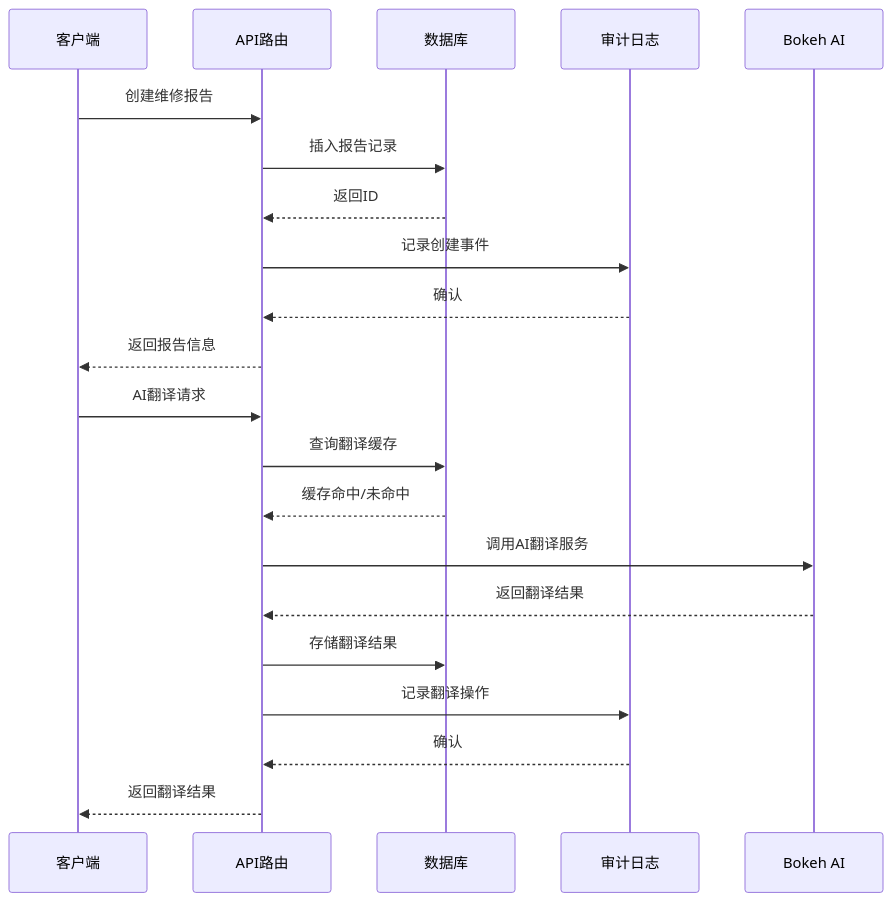
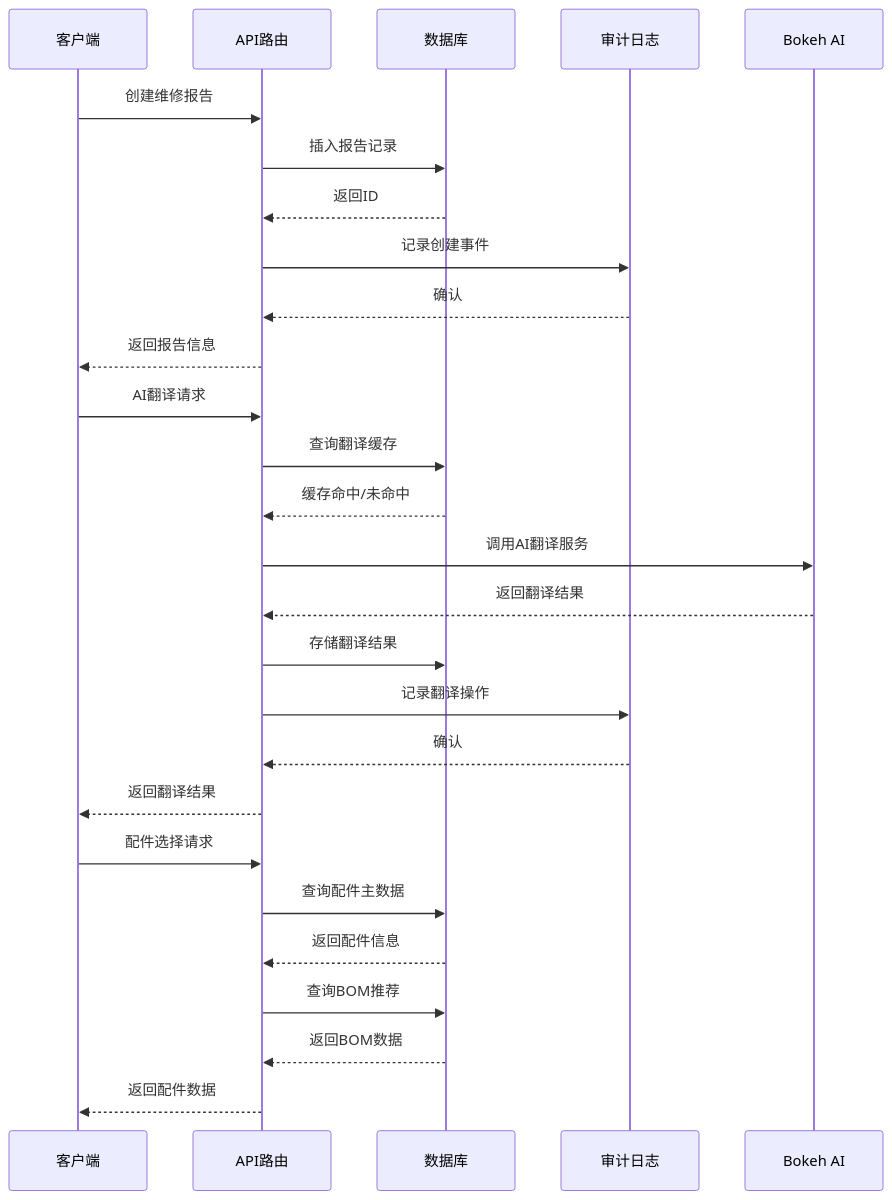
The fifth of 45 diagrams in .qoder/repowiki/zh/content/Repair Report Editor Component.md (CubeEdge/Longhorn), drawn with Mermaid before and after one commit. The commit also changed other lines of this file and 28 other files, not shown here.

````diff
--- a/.qoder/repowiki/zh/content/Repair Report Editor Component.md
+++ b/.qoder/repowiki/zh/content/Repair Report Editor Component.md
@@ -300,23 +362,29 @@
 ```mermaid
 sequenceDiagram
 participant Client as 客户端
 participant API as API路由
 participant DB as 数据库
 participant Audit as 审计日志
 participant Bokeh as Bokeh AI
 Client->>API : 创建维修报告
 API->>DB : 插入报告记录
 DB-->>API : 返回ID
 API->>Audit : 记录创建事件
 Audit-->>API : 确认
 API-->>Client : 返回报告信息
 Client->>API : AI翻译请求
 API->>DB : 查询翻译缓存
 DB-->>API : 缓存命中/未命中
 API->>Bokeh : 调用AI翻译服务
 Bokeh-->>API : 返回翻译结果
 API->>DB : 存储翻译结果
 API->>Audit : 记录翻译操作
 Audit-->>API : 确认
 API-->>Client : 返回翻译结果
+Client->>API : 配件选择请求
+API->>DB : 查询配件主数据
+DB-->>API : 返回配件信息
+API->>DB : 查询BOM推荐
+DB-->>API : 返回BOM数据
+API-->>Client : 返回配件数据
 ```
````
